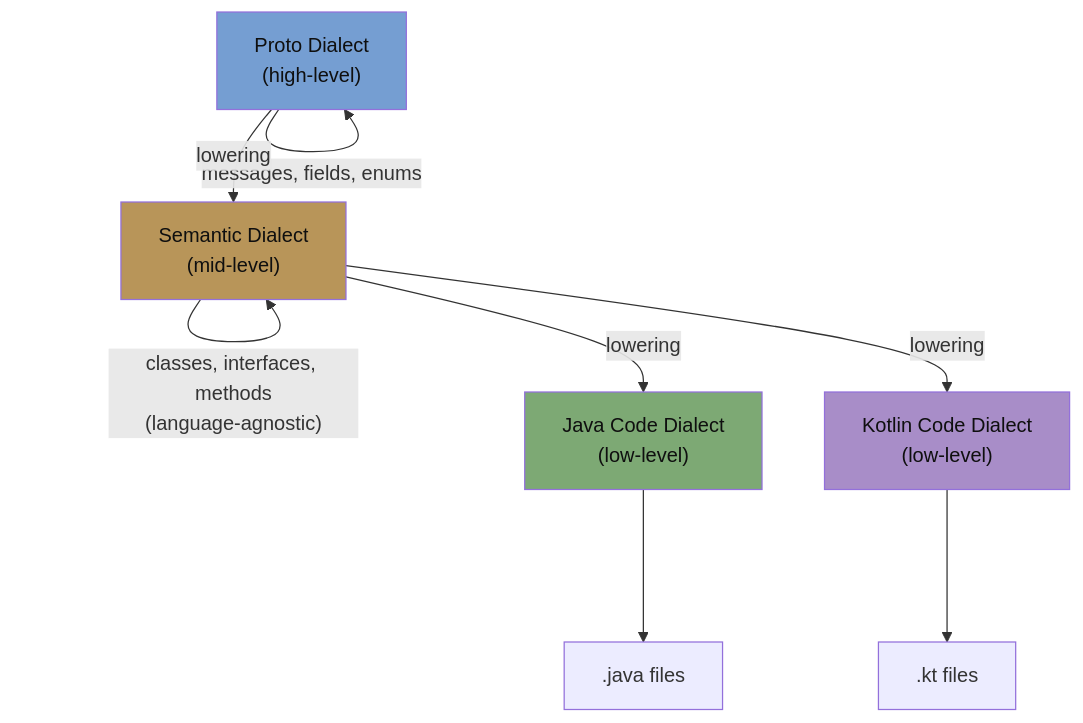
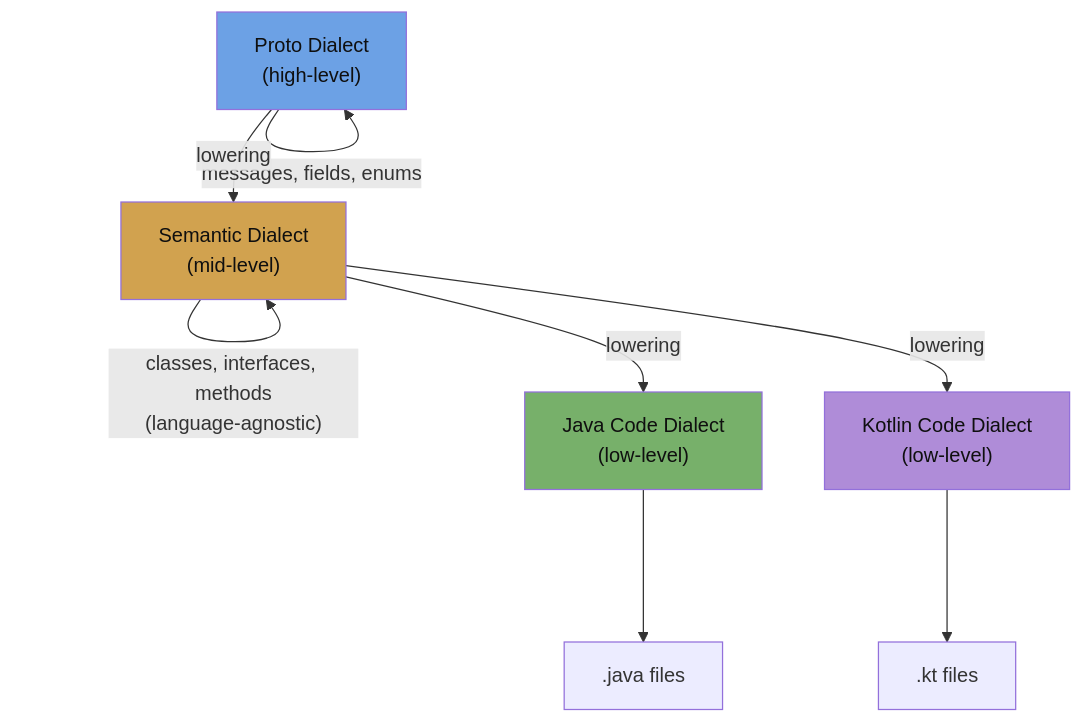
Before and after one commit to alnovis/nebula: the second of 5 diagrams in content/blog/compiler-ideas-for-code-generation.md, drawn with Mermaid. The commit also changed other lines of this file and 20 other files, not shown here.

````diff
--- a/content/blog/compiler-ideas-for-code-generation.md
+++ b/content/blog/compiler-ideas-for-code-generation.md
@@ -52,22 +52,22 @@
 ```mermaid
 flowchart TB
     P["Proto Dialect\n(high-level)"]
     S["Semantic Dialect\n(mid-level)"]
     JC["Java Code Dialect\n(low-level)"]
     KC["Kotlin Code Dialect\n(low-level)"]
     JF[".java files"]
     KF[".kt files"]
 
     P -- "messages, fields, enums" --> P
     P -- "lowering" --> S
     S -- "classes, interfaces, methods\n(language-agnostic)" --> S
     S -- "lowering" --> JC
     S -- "lowering" --> KC
     JC --> JF
     KC --> KF
 
-    style P fill:#759ed2,color:#0f0f0f
-    style S fill:#b89559,color:#0f0f0f
-    style JC fill:#7da974,color:#0f0f0f
-    style KC fill:#a88dc8,color:#0f0f0f
+    style P fill:#6ca1e5,color:#0f0f0f
+    style S fill:#d1a24f,color:#0f0f0f
+    style JC fill:#77b06a,color:#0f0f0f
+    style KC fill:#af8cd8,color:#0f0f0f
 ```
````
